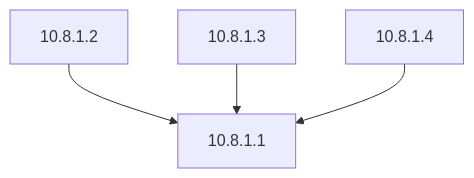
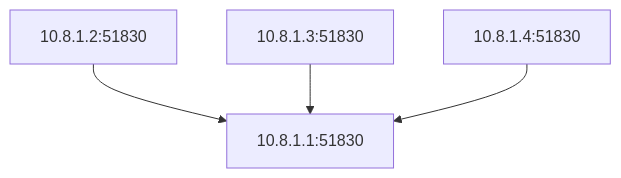
Before and after one commit to law108000/WireGuard: the first of 2 diagrams in readme.md, drawn with Mermaid. The commit also changed other lines of this file, not shown here.

````diff
--- a/readme.md
+++ b/readme.md
@@ -3,6 +6,6 @@
 ```mermaid
 flowchart TB
-    wg_peer1[10.8.1.2] --> server[10.8.1.1]
-    wg_peer2[10.8.1.3] --> server
-    wg_peer3[10.8.1.4] --> server
+    wg_peer1[10.8.1.2:51830] --> server[10.8.1.1:51830]
+    wg_peer2[10.8.1.3:51830] --> server
+    wg_peer3[10.8.1.4:51830] --> server
 ```
````
